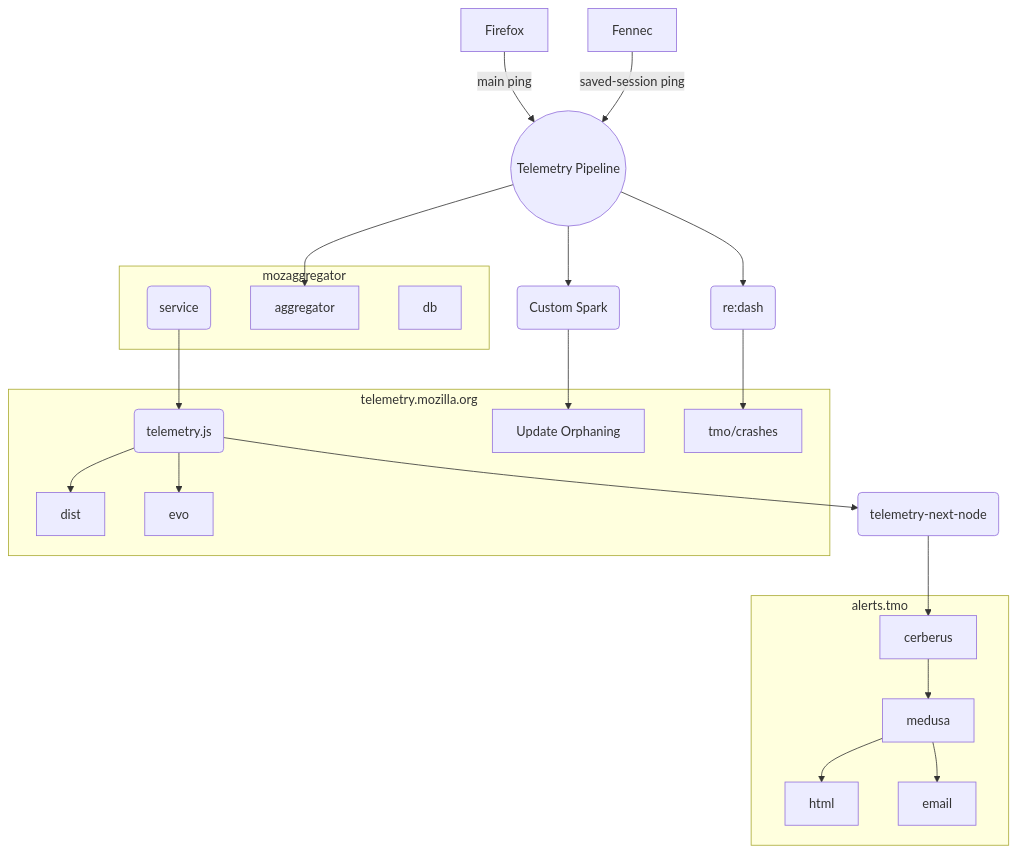
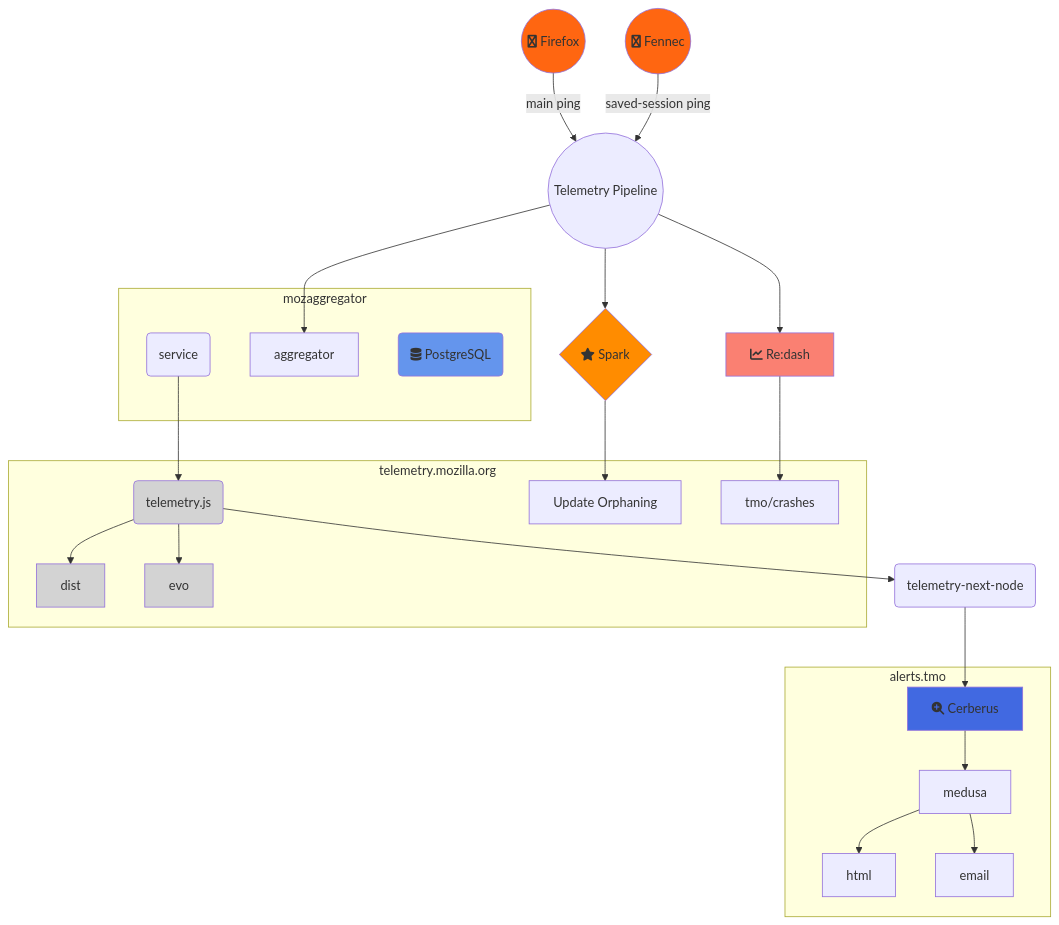
One commit to mozilla/data-docs changed the second of 2 diagrams in concepts/data_pipeline.md. Above: the diagram before and after it, drawn with Mermaid.

Commit message:
Try to match colours/icons with the original

````diff
--- a/concepts/data_pipeline.md
+++ b/concepts/data_pipeline.md
@@ -104,38 +104,47 @@
 ```mermaid
 graph TD
 %% Data Flow Diagram for mozaggregator/TMO-adjacent services
-%% Anything rounded has other consumers not pictured, known and unknown
-Firefox --> |main ping| pipeline
-Fennec --> |saved-session ping| pipeline
+firefox((fa:fa-firefox Firefox)) --> |main ping| pipeline
+fennec((fa:fa-firefox Fennec)) --> |saved-session ping| pipeline
 pipeline((Telemetry Pipeline))
 
 subgraph mozaggregator
   service(service)
   aggregator
-  db
+  rdbms(fa:fa-database PostgreSQL)
 end
 
 pipeline --> aggregator 
-pipeline --> spark(Custom Spark)
-pipeline --> redash(re:dash)
+pipeline --> spark{fa:fa-star Spark}
+pipeline --> redash[fa:fa-line-chart Re:dash]
 
 subgraph telemetry.mozilla.org
   telemetry.js(telemetry.js) --> dist
   telemetry.js --> evo
   orphan[Update Orphaning]
   crashdash[tmo/crashes]
 end
 
 redash --> crashdash
 service --> telemetry.js
 spark --> orphan
 
 telemetry.js --> telemetry-next-node(telemetry-next-node)
 subgraph alerts.tmo
-  cerberus -->medusa
+  cerberus[fa:fa-search-plus Cerberus] -->medusa
   medusa --> html
   medusa --> email
 end
 
 telemetry-next-node --> cerberus
+
+style redash fill:salmon
+style spark fill:darkorange
+style rdbms fill:cornflowerblue
+style cerberus fill:royalblue
+style firefox fill:#f61
+style fennec fill:#f61
+style telemetry.js fill:lightgrey
+style dist fill:lightgrey
+style evo fill:lightgrey
 ```
````
